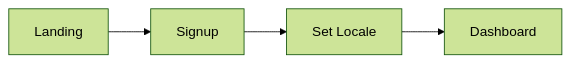
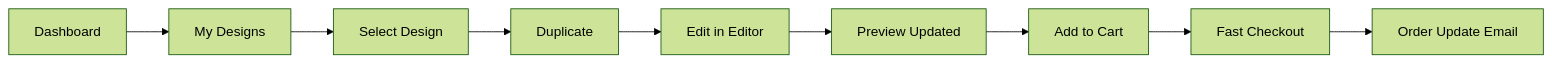
One commit to YassinYakoubi/nure_for_you_app-demo- changed the second of 5 diagrams in laps.md. Above: the diagram before and after it, drawn with Mermaid (forest theme). The commit also changed other lines of this file, not shown here.

````diff
--- a/laps.md
+++ b/laps.md
@@ -123,6 +122,11 @@
 ```mermaid
 flowchart LR
-A[Landing] --> B[Signup]
-B --> C[Set Locale]
-C --> D[Dashboard]
+A[Dashboard] --> B[My Designs]
+B --> C[Select Design]
+C --> D[Duplicate]
+D --> E[Edit in Editor]
+E --> F[Preview Updated]
+F --> G[Add to Cart]
+G --> H[Fast Checkout]
+H --> I[Order Update Email]
 ```
````
